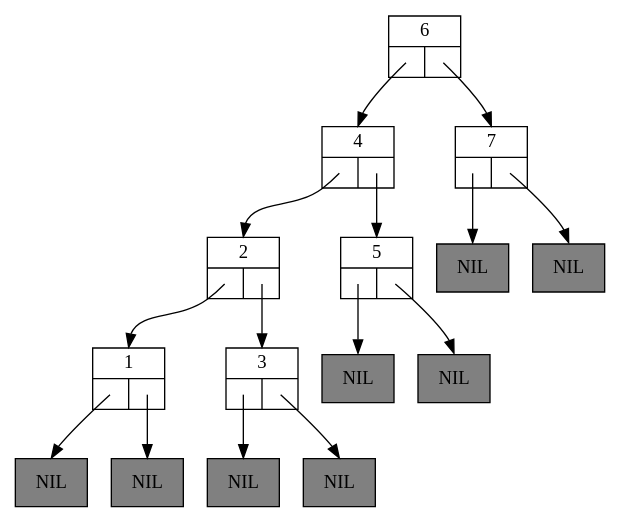
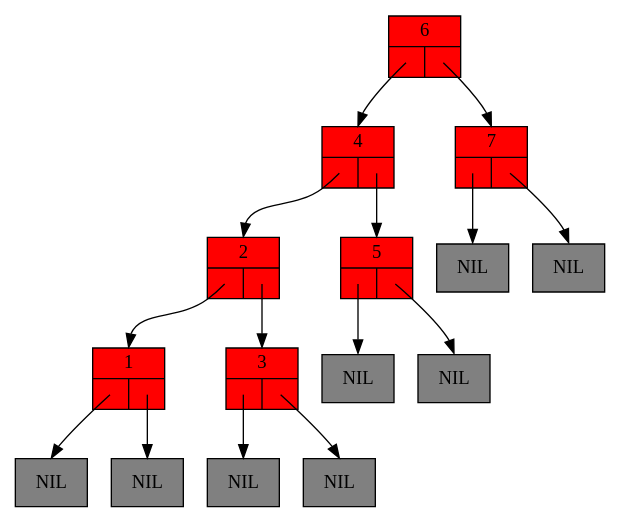
The diagram in base_code_lab6/Code/redblacktree_0_leftrotateroot.dot (chaucorn/base_code_lab6), drawn with Graphviz before and after one commit. The commit also changed 7 other files, not shown here.

```diff
--- a/base_code_lab6/Code/redblacktree_0_leftrotateroot.dot
+++ b/base_code_lab6/Code/redblacktree_0_leftrotateroot.dot
@@ -1,35 +1,35 @@
 digraph RedBlackTree {
 	graph [ranksep=0.5];
 	node [shape = record];
 
-	n1 [label="{1|{<left>|<right>}}", fillcolor=red];
+	n1 [style=filled, fillcolor=red, label="{1|{<left>|<right>}}"];
 	lnil1 [style=filled, fillcolor=grey, label="NIL"];
 	n1:left:c -> lnil1:n [headclip=false, tailclip=false]
 	rnil1 [style=filled, fillcolor=grey, label="NIL"];
 	n1:right:c -> rnil1:n [headclip=false, tailclip=false]
-	n2 [label="{2|{<left>|<right>}}", fillcolor=red];
+	n2 [style=filled, fillcolor=red, label="{2|{<left>|<right>}}"];
 	n2:left:c -> n1:n [headclip=false, tailclip=false]
 	n2:right:c -> n3:n [headclip=false, tailclip=false]
-	n3 [label="{3|{<left>|<right>}}", fillcolor=red];
+	n3 [style=filled, fillcolor=red, label="{3|{<left>|<right>}}"];
 	lnil3 [style=filled, fillcolor=grey, label="NIL"];
 	n3:left:c -> lnil3:n [headclip=false, tailclip=false]
 	rnil3 [style=filled, fillcolor=grey, label="NIL"];
 	n3:right:c -> rnil3:n [headclip=false, tailclip=false]
-	n4 [label="{4|{<left>|<right>}}", fillcolor=red];
+	n4 [style=filled, fillcolor=red, label="{4|{<left>|<right>}}"];
 	n4:left:c -> n2:n [headclip=false, tailclip=false]
 	n4:right:c -> n5:n [headclip=false, tailclip=false]
-	n5 [label="{5|{<left>|<right>}}", fillcolor=red];
+	n5 [style=filled, fillcolor=red, label="{5|{<left>|<right>}}"];
 	lnil5 [style=filled, fillcolor=grey, label="NIL"];
 	n5:left:c -> lnil5:n [headclip=false, tailclip=false]
 	rnil5 [style=filled, fillcolor=grey, label="NIL"];
 	n5:right:c -> rnil5:n [headclip=false, tailclip=false]
-	n6 [label="{6|{<left>|<right>}}", fillcolor=red];
+	n6 [style=filled, fillcolor=red, label="{6|{<left>|<right>}}"];
 	n6:left:c -> n4:n [headclip=false, tailclip=false]
 	n6:right:c -> n7:n [headclip=false, tailclip=false]
-	n7 [label="{7|{<left>|<right>}}", fillcolor=red];
+	n7 [style=filled, fillcolor=red, label="{7|{<left>|<right>}}"];
 	lnil7 [style=filled, fillcolor=grey, label="NIL"];
 	n7:left:c -> lnil7:n [headclip=false, tailclip=false]
 	rnil7 [style=filled, fillcolor=grey, label="NIL"];
 	n7:right:c -> rnil7:n [headclip=false, tailclip=false]
 
 }
```
